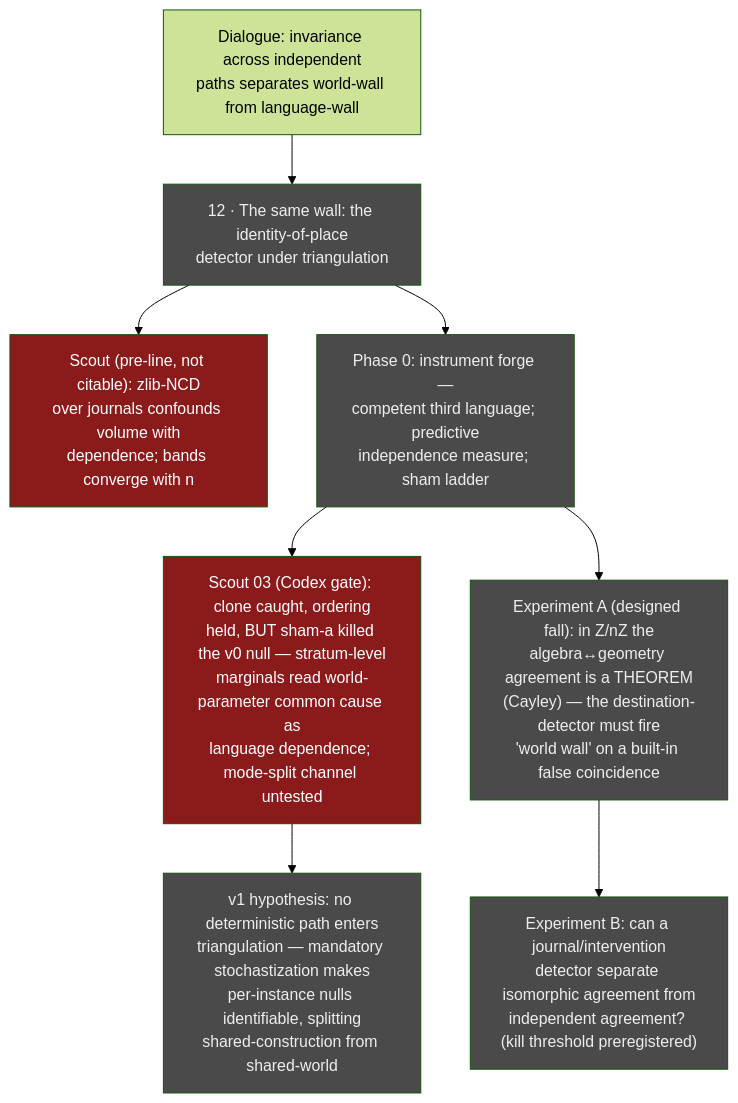
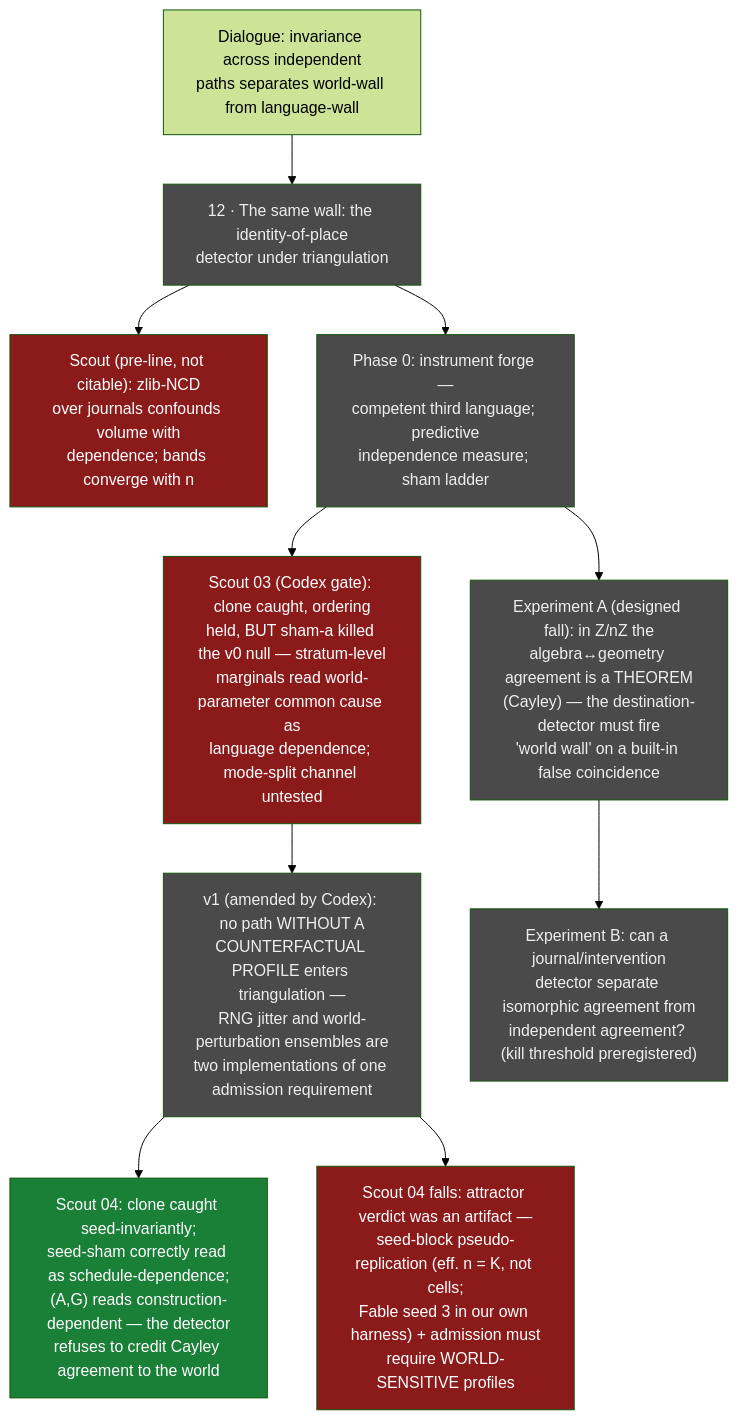
One commit to Kirill-Kruglov/ascesis changed the diagram in ontology/lines/12-the-same-wall.md. Above: the diagram before and after it, drawn with Mermaid (forest theme). The commit also changed other lines of this file and 1 other file, not shown here.

First line of the commit message:
Line 12 scout 04: v1 counterfactual profiles — core survived, two falls paid

````diff
--- a/ontology/lines/12-the-same-wall.md
+++ b/ontology/lines/12-the-same-wall.md
@@ -32,16 +32,18 @@
 ```mermaid
 flowchart TD
     classDef verified fill:#1a7f37,color:#fff
     classDef falsified fill:#8b1a1a,color:#fff
     classDef open fill:#4a4a4a,color:#eee
     classDef concl fill:#b8860b,color:#fff
 
     D["Dialogue: invariance across independent<br/>paths separates world-wall from language-wall"] --> Q
     Q["12 · The same wall: the identity-of-place<br/>detector under triangulation"]:::open
     Q --> S0["Scout (pre-line, not citable): zlib-NCD<br/>over journals confounds volume with<br/>dependence; bands converge with n"]:::falsified
     Q --> P0["Phase 0: instrument forge —<br/>competent third language; predictive<br/>independence measure; sham ladder"]:::open
     P0 --> S3["Scout 03 (Codex gate): clone caught, ordering<br/>held, BUT sham-a killed the v0 null — stratum-level<br/>marginals read world-parameter common cause as<br/>language dependence; mode-split channel untested"]:::falsified
-    S3 --> V1["v1 hypothesis: no deterministic path enters<br/>triangulation — mandatory stochastization makes<br/>per-instance nulls identifiable, splitting<br/>shared-construction from shared-world"]:::open
+    S3 --> V1["v1 (amended by Codex): no path WITHOUT A<br/>COUNTERFACTUAL PROFILE enters triangulation —<br/>RNG jitter and world-perturbation ensembles are<br/>two implementations of one admission requirement"]:::open
+    V1 --> S4["Scout 04: clone caught seed-invariantly;<br/>seed-sham correctly read as schedule-dependence;<br/>(A,G) reads construction-dependent — the detector<br/>refuses to credit Cayley agreement to the world"]:::verified
+    V1 --> S4f["Scout 04 falls: attractor verdict was an artifact —<br/>seed-block pseudo-replication (eff. n = K, not cells;<br/>Fable seed 3 in our own harness) + admission must<br/>require WORLD-SENSITIVE profiles"]:::falsified
     P0 --> EA["Experiment A (designed fall): in Z/nZ the<br/>algebra↔geometry agreement is a THEOREM<br/>(Cayley) — the destination-detector must fire<br/>'world wall' on a built-in false coincidence"]:::open
     EA --> EB["Experiment B: can a journal/intervention<br/>detector separate isomorphic agreement from<br/>independent agreement? (kill threshold preregistered)"]:::open
 ```
````
